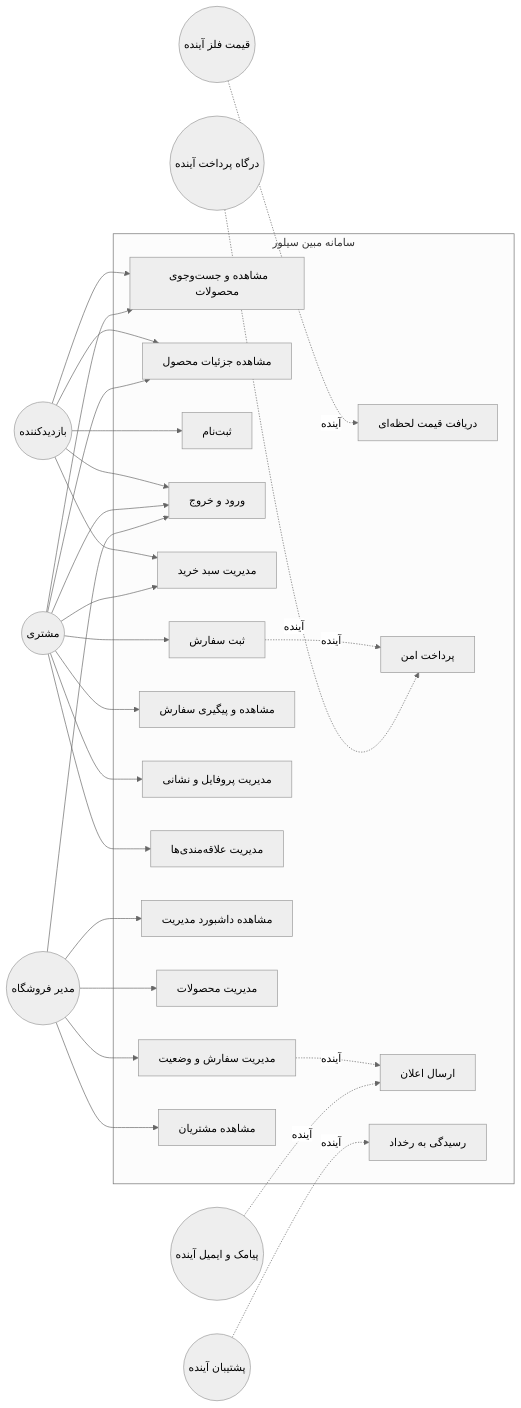
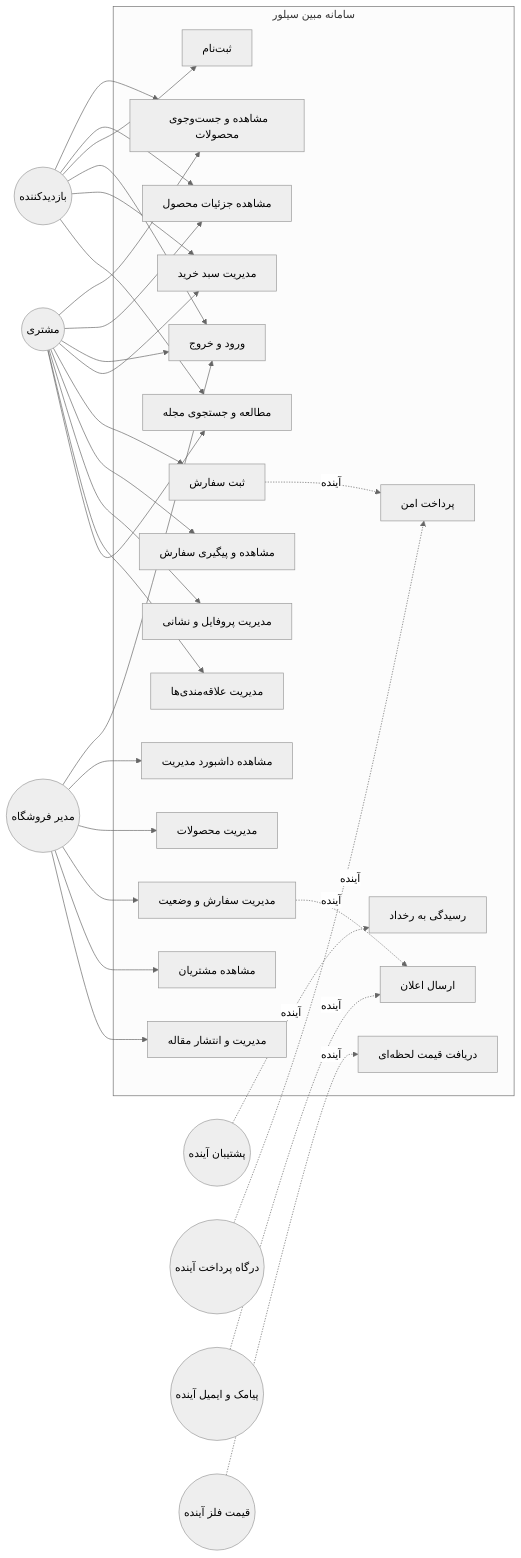
Before and after one commit to mohamadkheiry/mobinsilver: the diagram in docs/diagrams/use-cases.md, drawn with Mermaid (neutral theme). The commit also changed other lines of this file and 39 other files, not shown here.

````diff
--- a/docs/diagrams/use-cases.md
+++ b/docs/diagrams/use-cases.md
@@ -17,58 +17,63 @@
 ```mermaid
 flowchart LR
     Visitor((بازدیدکننده))
     Customer((مشتری))
     Admin((مدیر فروشگاه))
     Support((پشتیبان آینده))
     Payment((درگاه پرداخت آینده))
     Messaging((پیامک و ایمیل آینده))
     Pricing((قیمت فلز آینده))
 
     subgraph Store[سامانه مبین سیلور]
         UC01[مشاهده و جست‌وجوی محصولات]
         UC02[مشاهده جزئیات محصول]
         UC03[ثبت‌نام]
         UC04[ورود و خروج]
         UC05[مدیریت سبد خرید]
         UC06[ثبت سفارش]
         UC07[مشاهده و پیگیری سفارش]
         UC08[مدیریت پروفایل و نشانی]
         UC09[مدیریت علاقه‌مندی‌ها]
         UC10[مشاهده داشبورد مدیریت]
         UC11[مدیریت محصولات]
         UC12[مدیریت سفارش و وضعیت]
         UC13[مشاهده مشتریان]
         UC14[دریافت قیمت لحظه‌ای]
         UC15[پرداخت امن]
         UC16[ارسال اعلان]
         UC17[رسیدگی به رخداد]
+        UC18[مطالعه و جستجوی مجله]
+        UC19[مدیریت و انتشار مقاله]
     end
 
     Visitor --> UC01
     Visitor --> UC02
     Visitor --> UC03
     Visitor --> UC04
     Visitor --> UC05
+    Visitor --> UC18
 
     Customer --> UC01
     Customer --> UC02
     Customer --> UC04
     Customer --> UC05
     Customer --> UC06
     Customer --> UC07
     Customer --> UC08
     Customer --> UC09
+    Customer --> UC18
 
     Admin --> UC04
     Admin --> UC10
     Admin --> UC11
     Admin --> UC12
     Admin --> UC13
+    Admin --> UC19
 
     Support -. آینده .-> UC17
     UC06 -. آینده .-> UC15
     UC12 -. آینده .-> UC16
     Pricing -. آینده .-> UC14
     Payment -. آینده .-> UC15
     Messaging -. آینده .-> UC16
 ```
````
